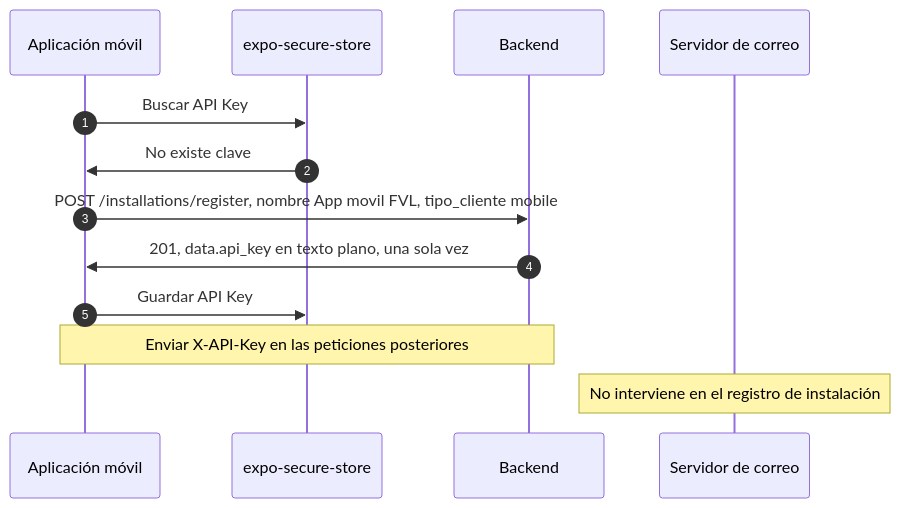
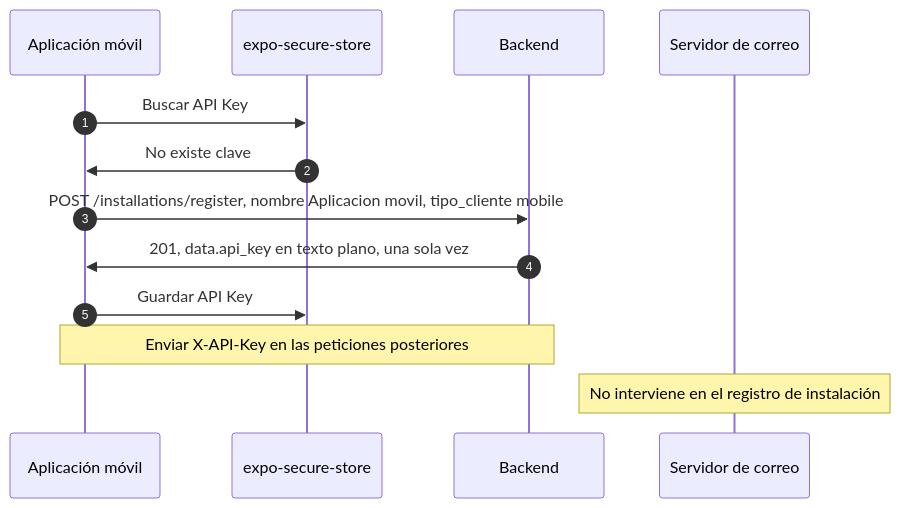
The first of 4 diagrams in docs/flujo-aplicacion-movil.md (CesarLopezPeriferiaIT/Back_FVL_Login), drawn with Mermaid before and after one commit. The commit also changed other lines of this file and 1 other file, not shown here.

First line of the commit message:
ALIGN README AND MOBILE GUIDE WITH THE CONFIRMATION FLOW

````diff
--- a/docs/flujo-aplicacion-movil.md
+++ b/docs/flujo-aplicacion-movil.md
@@ -18,15 +18,15 @@
 ```mermaid
 sequenceDiagram
     autonumber
     participant App as Aplicación móvil
     participant Seguro as expo-secure-store
     participant Backend as Backend
     participant Correo as Servidor de correo
     App->>Seguro: Buscar API Key
     Seguro->>App: No existe clave
-    App->>Backend: POST /installations/register, nombre App movil FVL, tipo_cliente mobile
+    App->>Backend: POST /installations/register, nombre Aplicacion movil, tipo_cliente mobile
     Backend->>App: 201, data.api_key en texto plano, una sola vez
     App->>Seguro: Guardar API Key
     Note over App,Backend: Enviar X-API-Key en las peticiones posteriores
     Note over Correo: No interviene en el registro de instalación
 ```
````
